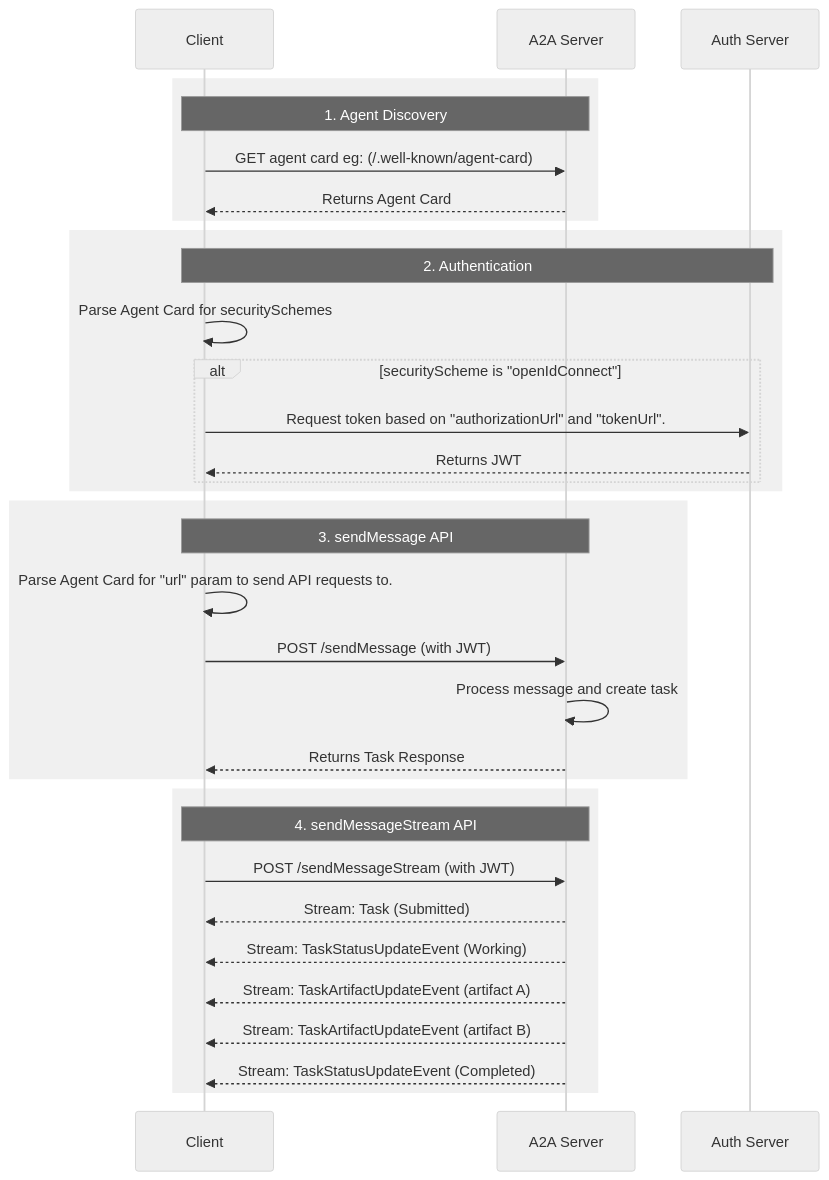
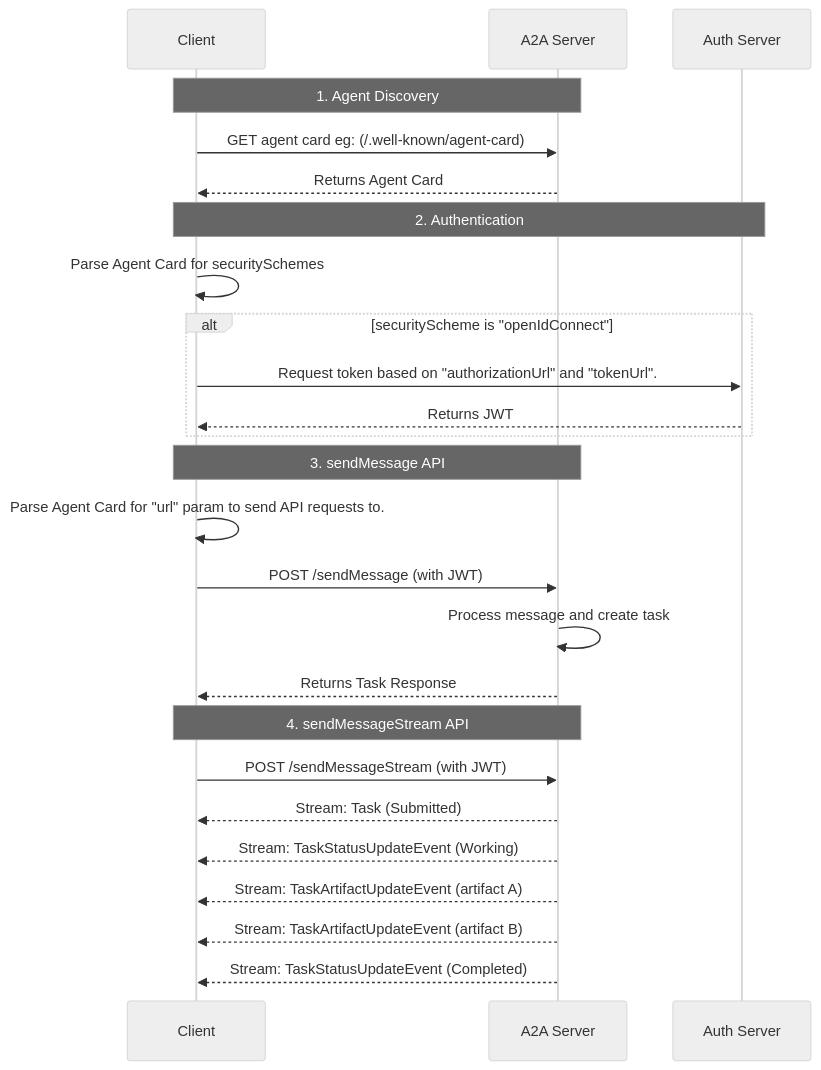
The third of 3 diagrams in docs/topics/what-is-a2a.md (a2aproject/A2A), drawn with Mermaid (neutral theme) before and after one commit. The commit also changed 4 other files, not shown here.

````diff
--- a/docs/topics/what-is-a2a.md
+++ b/docs/topics/what-is-a2a.md
@@ -176,39 +176,31 @@
 ```mermaid
 sequenceDiagram
     participant Client
     participant A2A Server
     participant Auth Server
 
-    rect rgb(240, 240, 240)
     Note over Client, A2A Server: 1. Agent Discovery
     Client->>A2A Server: GET agent card eg: (/.well-known/agent-card)
     A2A Server-->>Client: Returns Agent Card
-    end
 
-    rect rgb(240, 240, 240)
     Note over Client, Auth Server: 2. Authentication
     Client->>Client: Parse Agent Card for securitySchemes
     alt securityScheme is "openIdConnect"
         Client->>Auth Server: Request token based on "authorizationUrl" and "tokenUrl".
         Auth Server-->>Client: Returns JWT
     end
-    end
 
-    rect rgb(240, 240, 240)
     Note over Client, A2A Server: 3. sendMessage API
     Client->>Client: Parse Agent Card for "url" param to send API requests to.
     Client->>A2A Server: POST /sendMessage (with JWT)
     A2A Server->>A2A Server: Process message and create task
     A2A Server-->>Client: Returns Task Response
-    end
 
-    rect rgb(240, 240, 240)
     Note over Client, A2A Server: 4. sendMessageStream API
     Client->>A2A Server: POST /sendMessageStream (with JWT)
     A2A Server-->>Client: Stream: Task (Submitted)
     A2A Server-->>Client: Stream: TaskStatusUpdateEvent (Working)
     A2A Server-->>Client: Stream: TaskArtifactUpdateEvent (artifact A)
     A2A Server-->>Client: Stream: TaskArtifactUpdateEvent (artifact B)
     A2A Server-->>Client: Stream: TaskStatusUpdateEvent (Completed)
-    end
 ```
````
